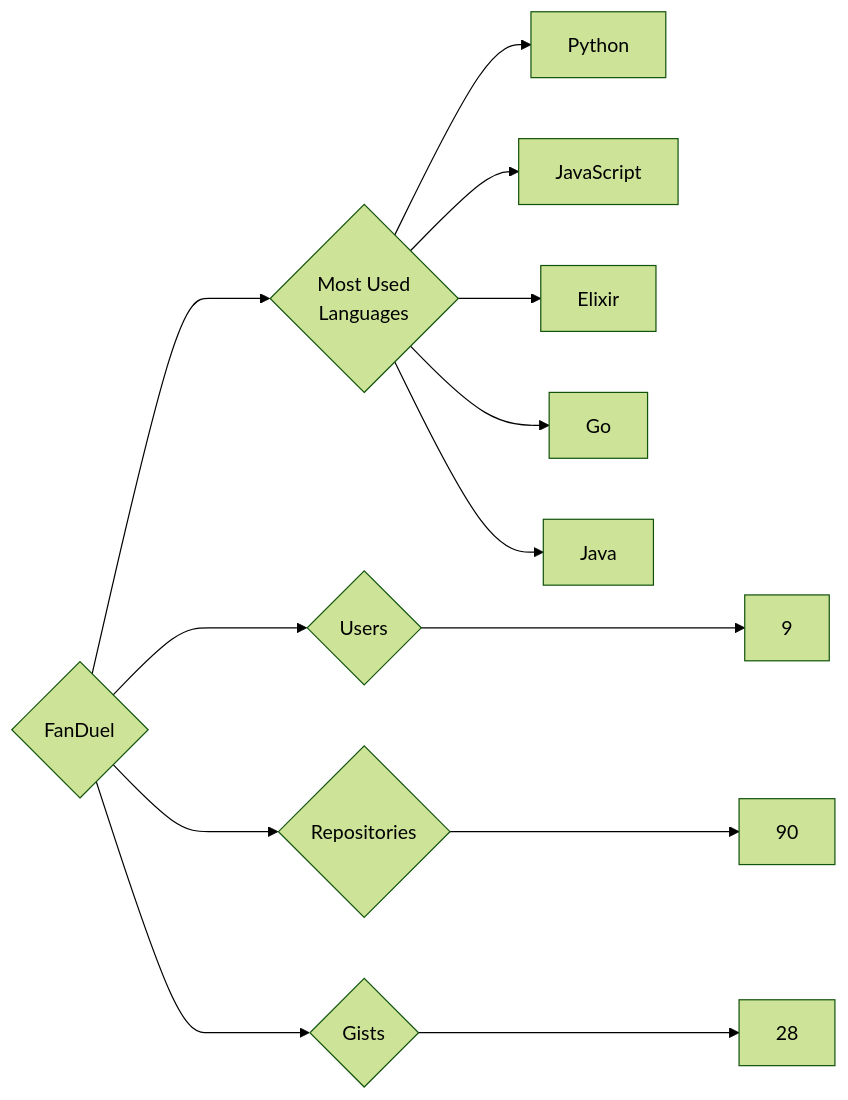
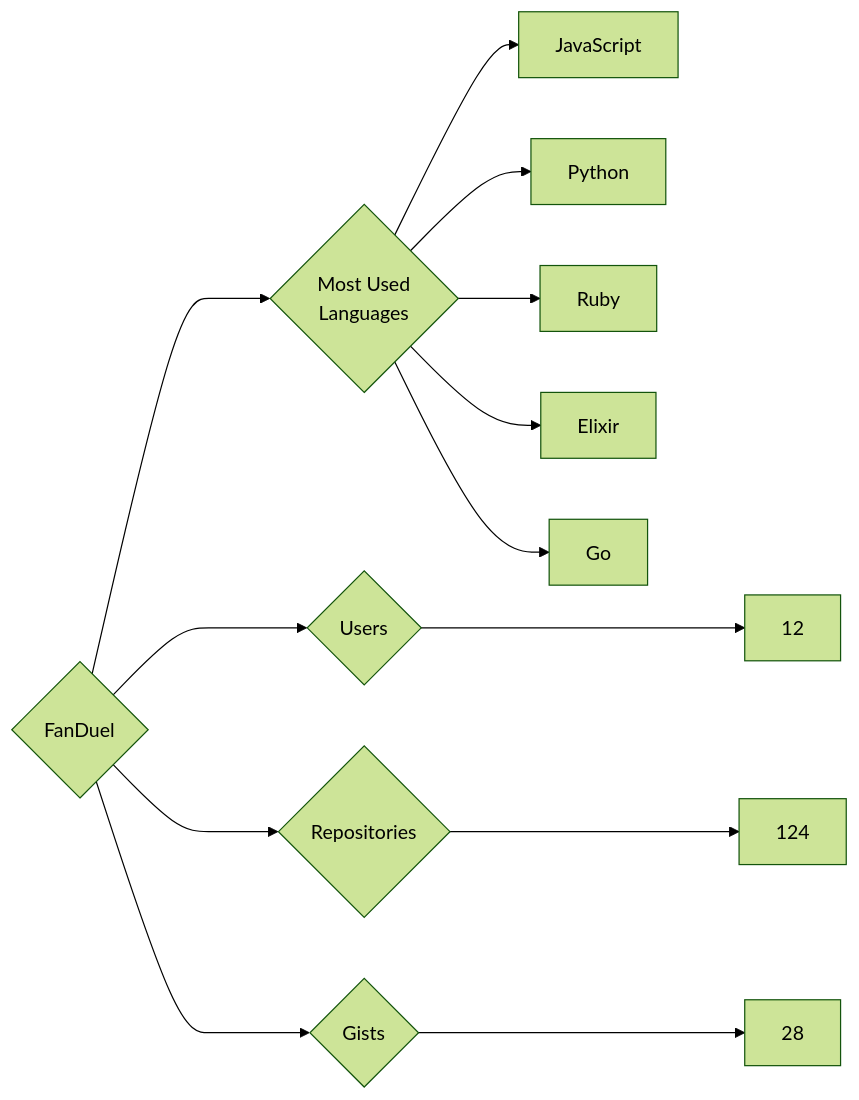
The diagram in targets/FanDuel/README.md (trickest/insiders), drawn with Mermaid (forest theme) before and after one commit. The commit also changed 1020 other files, not shown here.

````diff
--- a/targets/FanDuel/README.md
+++ b/targets/FanDuel/README.md
@@ -3,13 +3,13 @@
 ```mermaid
 graph LR
 COMPANY_NAME{FanDuel}
-COMPANY_NAME ---> U{Users} ---> UN[9]
-COMPANY_NAME ---> R{Repositories} ---> RN[90]
+COMPANY_NAME ---> U{Users} ---> UN[12]
+COMPANY_NAME ---> R{Repositories} ---> RN[124]
 COMPANY_NAME ---> G{Gists} ---> GN[28]
 COMPANY_NAME ---> ML{Most Used<br>Languages}
+ML --> JavaScript[JavaScript]
 ML --> Python[Python]
-ML --> JavaScript[JavaScript]
+ML --> Ruby[Ruby]
 ML --> Elixir[Elixir]
 ML --> Go[Go]
-ML --> Java[Java]
 ```
````
